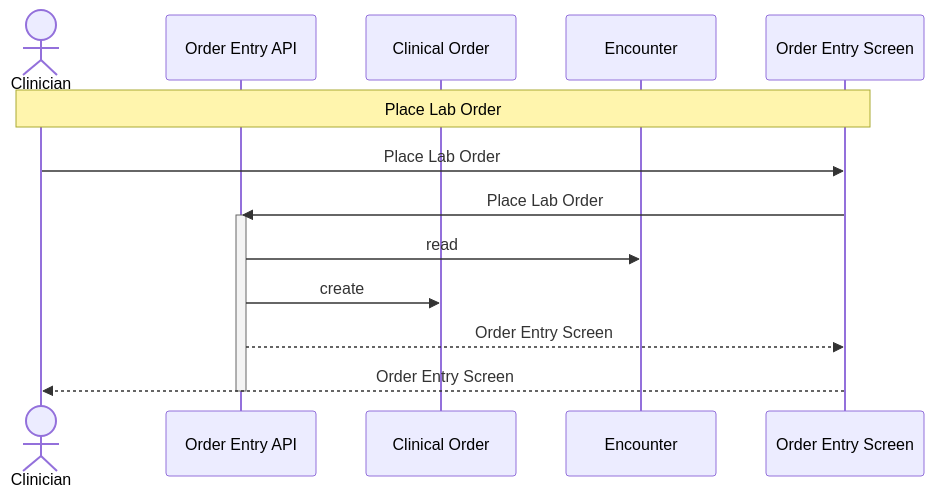
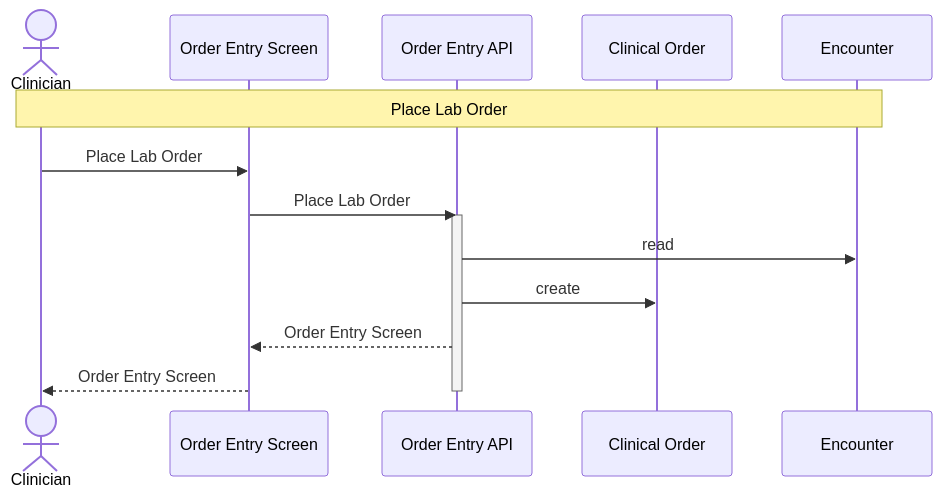
One commit to manji-0/rdra-ish-dsl changed the diagram in samples/clinic-ops/out/uc/sequence_place_lab_order.mmd. Above: the diagram before and after it, drawn with Mermaid. The commit also changed 82 other files, not shown here.

Commit message:
fix: order sequence participants by interaction flow

```diff
--- a/samples/clinic-ops/out/uc/sequence_place_lab_order.mmd
+++ b/samples/clinic-ops/out/uc/sequence_place_lab_order.mmd
@@ -1,16 +1,16 @@
 sequenceDiagram
   actor Clinician as Clinician
+  participant OrderEntryScreen as Order Entry Screen
   participant OrderEntryApi as Order Entry API
   participant ClinicalOrder as Clinical Order
   participant Encounter as Encounter
-  participant OrderEntryScreen as Order Entry Screen
 
-  Note over Clinician,OrderEntryScreen: Place Lab Order
+  Note over Clinician,Encounter: Place Lab Order
   Clinician->>OrderEntryScreen: Place Lab Order
   OrderEntryScreen->>OrderEntryApi: Place Lab Order
   activate OrderEntryApi
   OrderEntryApi->>Encounter: read
   OrderEntryApi->>ClinicalOrder: create
   OrderEntryApi-->>OrderEntryScreen: Order Entry Screen
   OrderEntryScreen-->>Clinician: Order Entry Screen
   deactivate OrderEntryApi
```
